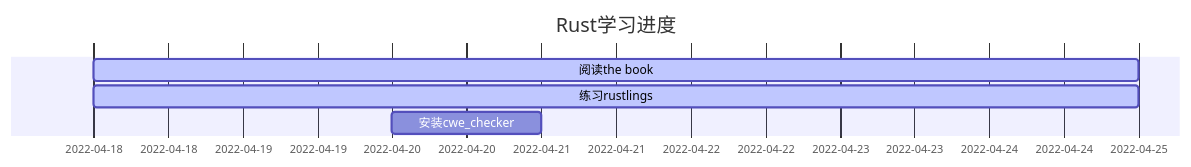
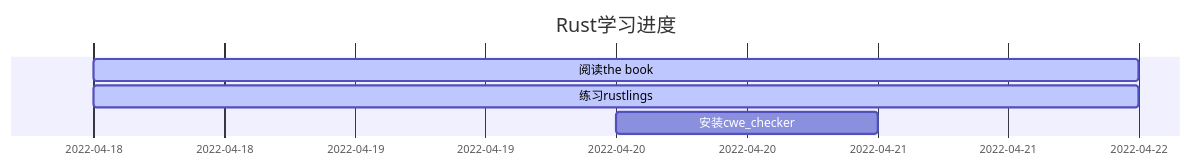
The diagram in _posts/2022-04-20-Rust-learning-record.md (x14ngch3n/x14ngch3n.github.io), drawn with Mermaid before and after one commit. The commit also changed other lines of this file, not shown here.

Commit message:
modify gantt flowchart

````diff
--- a/_posts/2022-04-20-Rust-learning-record.md
+++ b/_posts/2022-04-20-Rust-learning-record.md
@@ -9,7 +12,8 @@
 ```mermaid
- gantt
+gantt
   title  Rust学习进度
-  阅读the book :active, p1,2022-04-18, 1w
-  练习rustlings :active, p2, 2022-04-18, 1w
-  安装cwe_checker :p3, 2022-04-20, 1d
+  dateFormat YY-M-D
+  阅读the book: active, p1, 2022-04-18, 4d
+  练习rustlings: active, p2, 2022-04-18, 4d
+  安装cwe_checker: p3, 2022-04-20, 1d
 ```
````
